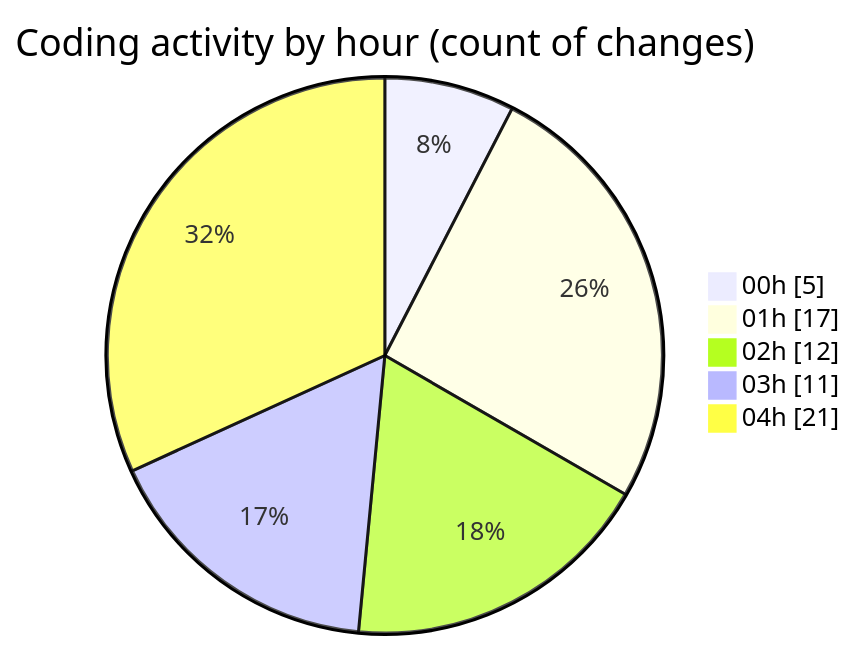
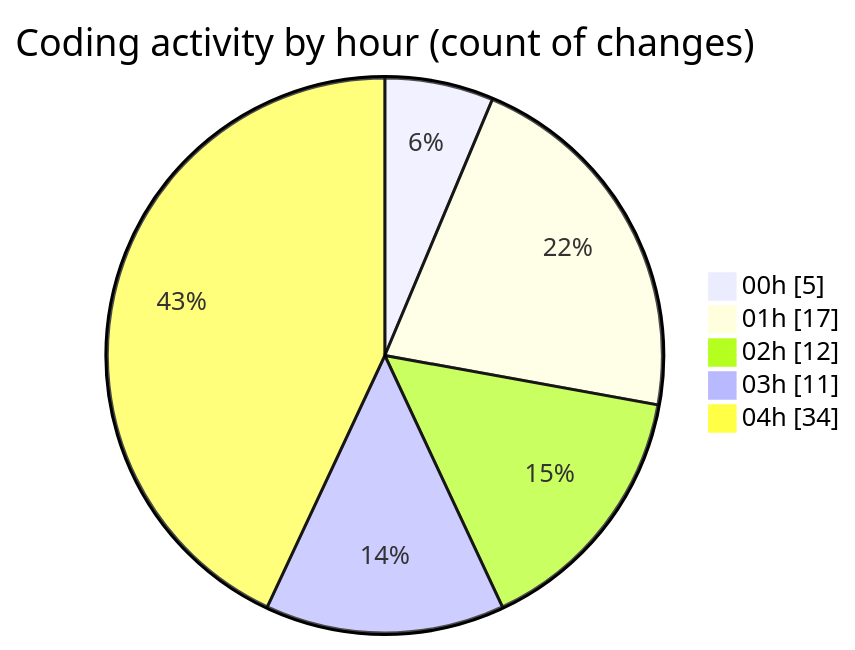
One commit to EIIisD/code-tracking changed the second of 2 diagrams in 2025-08-04/tw-server/README.md. Above: the diagram before and after it, drawn with Mermaid. The commit also changed other lines of this file and 1 other file, not shown here.

````diff
--- a/2025-08-04/tw-server/README.md
+++ b/2025-08-04/tw-server/README.md
@@ -35,9 +38,9 @@
 ```mermaid
 pie showData
 title Coding activity by hour (count of changes)
 "00h" : 5
 "01h" : 17
 "02h" : 12
 "03h" : 11
-"04h" : 21
+"04h" : 34
 ```
````
